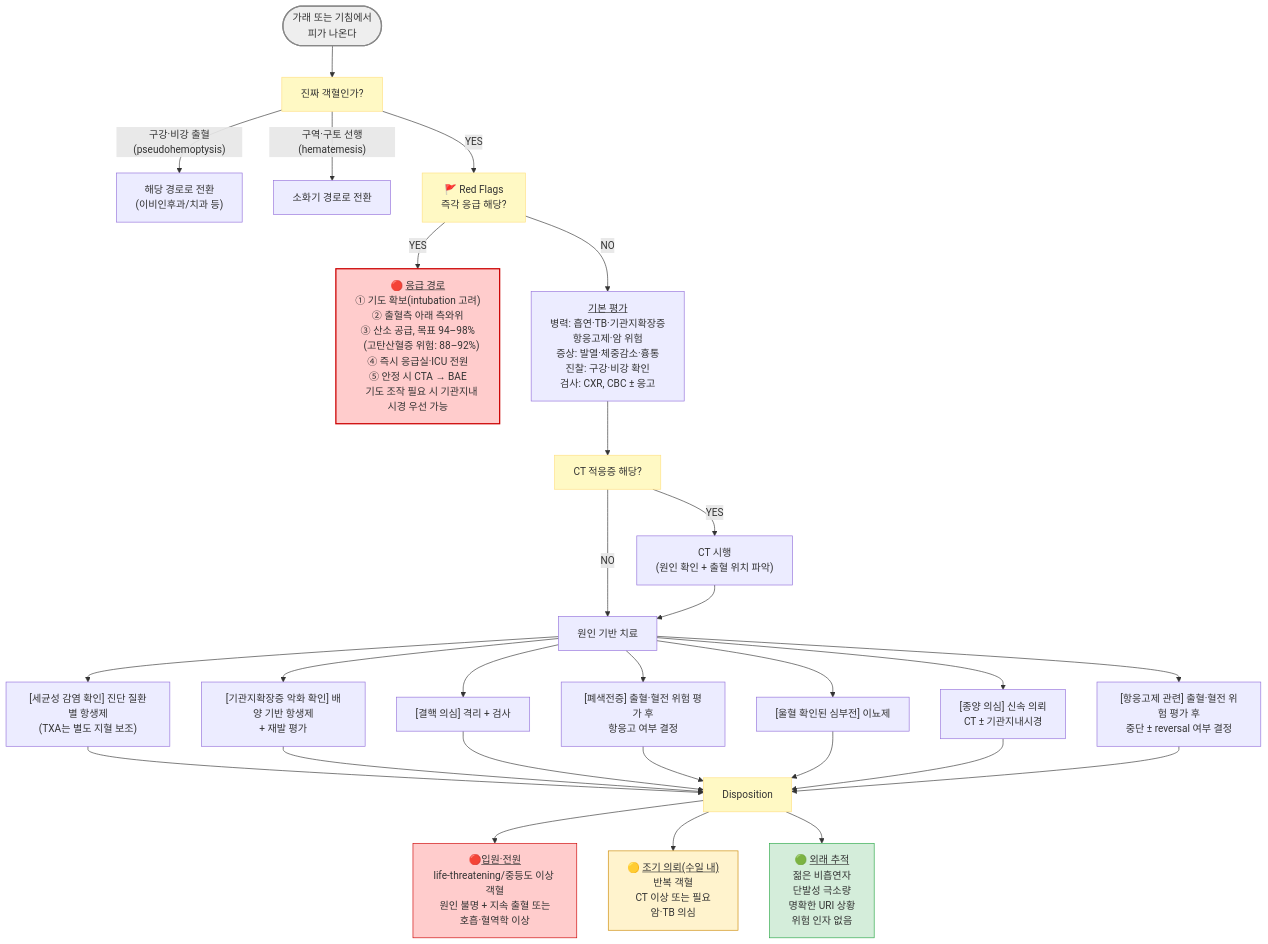
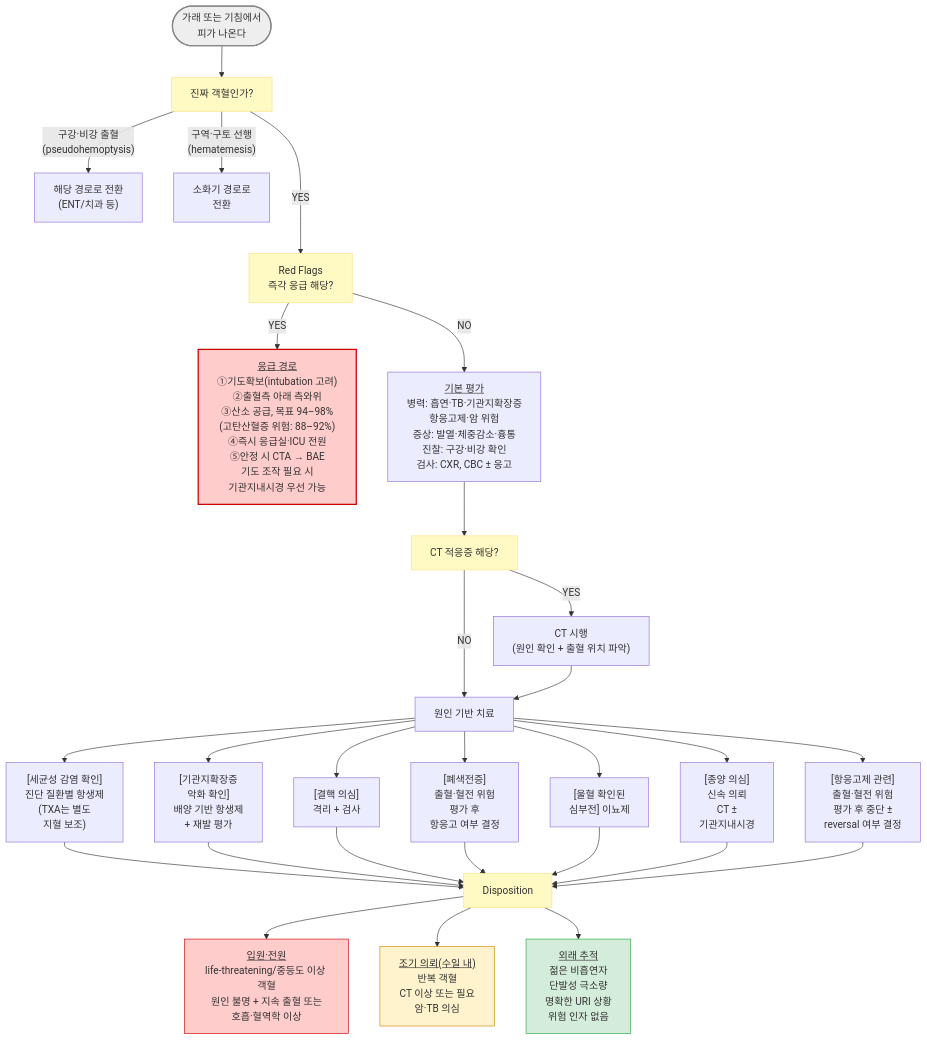
One commit to familyoh77/familyoh77 changed the diagram in 220_/008_-hemoptysis.md. Above: the diagram before and after it, drawn with Mermaid. The commit also changed other lines of this file, not shown here.

````diff
--- a/220_/008_-hemoptysis.md
+++ b/220_/008_-hemoptysis.md
@@ -99,44 +103,37 @@
 ```mermaid
 graph TD
     A(["가래 또는 기침에서 <br/>피가 나온다"]) --> B["진짜 객혈인가?"]
-    B -- "구강·비강 출혈(pseudohemoptysis)" --> C["해당 경로로 전환<br/>(이비인후과/치과 등)"]
-    B -- "구역·구토 선행(hematemesis)" --> D["소화기 경로로 전환"]
-    B -- "YES" --> E["🚩 Red Flags<br/>즉각 응급 해당?"]
-
-    E -- "YES" --> F["🔴 <u>응급 경로</u><br/>① 기도 확보(intubation 고려)<br/>② 출혈측 아래 측와위<br/>③ 산소 공급, 목표 94–98%<br/>   (고탄산혈증 위험: 88–92%)<br/>④ 즉시 응급실·ICU 전원<br/>⑤ 안정 시 CTA → BAE<br/>   기도 조작 필요 시 기관지내시경 우선 가능"]
-
+    B -- "구강·비강 출혈<br/>(pseudohemoptysis)" --> C["해당 경로로 전환<br/>(ENT/치과 등)"]
+    B -- "구역·구토 선행<br/>(hematemesis)" --> D["소화기 경로로<br/> 전환"]
+    B -- "YES" ---> E["Red Flags<br/>즉각 응급 해당?"]
+    E -- "YES" --> F["<u>응급 경로</u><br/>①기도확보(intubation 고려)<br/>②출혈측 아래 측와위<br/>③산소 공급, 목표 94–98%<br/>   (고탄산혈증 위험: 88–92%)<br/>④즉시 응급실·ICU 전원<br/>⑤안정 시 CTA → BAE<br/>   기도 조작 필요 시 <br/>기관지내시경 우선 가능"]
     E -- "NO" --> G["<u>기본 평가</u><br/>병력: 흡연·TB·기관지확장증<br/>       항응고제·암 위험<br/>증상: 발열·체중감소·흉통<br/>진찰: 구강·비강 확인<br/>검사: CXR, CBC ± 응고"]
-
     G --> H["CT 적응증 해당?"]
     H -- "YES" --> I["CT 시행<br/>(원인 확인 + 출혈 위치 파악)"]
     H -- "NO" --> J["원인 기반 치료"]
     I --> J
-
-    J --> J1["[세균성 감염 확인] 진단 질환별 항생제<br/>(TXA는 별도 지혈 보조)"]
-    J --> J2["[기관지확장증 악화 확인] 배양 기반 항생제<br/>+ 재발 평가"]
-    J --> J3["[결핵 의심] 격리 + 검사"]
-    J --> J4["[폐색전증] 출혈·혈전 위험 평가 후<br/>항응고 여부 결정"]
-    J --> J5["[울혈 확인된 심부전] 이뇨제"]
-    J --> J6["[종양 의심] 신속 의뢰<br/>CT ± 기관지내시경"]
-    J --> J7["[항응고제 관련] 출혈·혈전 위험 평가 후<br/>중단 ± reversal 여부 결정"]
-
+    J --> J1["[세균성 감염 확인] <br/>진단 질환별 항생제<br/>(TXA는 별도 <br/>지혈 보조)"]
+    J --> J2["[기관지확장증 <br/>악화 확인] <br/>배양 기반 항생제<br/>+ 재발 평가"]
+    J --> J3["[결핵 의심] <br/>격리 + 검사"]
+    J --> J4["[폐색전증] <br/>출혈·혈전 위험 <br/>평가 후<br/>항응고 여부 결정"]
+    J --> J5["[울혈 확인된 <br/>심부전] 이뇨제"]
+    J --> J6["[종양 의심] <br/>신속 의뢰<br/>CT ± <br/>기관지내시경"]
+    J --> J7["[항응고제 관련] <br/>출혈·혈전 위험 <br/>평가 후 중단 ± <br/>reversal 여부 결정"]
     J1 & J2 & J3 & J4 & J5 & J6 & J7 --> K["Disposition"]
-
-    K --> K1["🔴<u>입원·전원</u><br/>life-threatening/중등도 이상 객혈<br/>원인 불명 + 지속 출혈 또는<br/>호흡·혈역학 이상"]
-    K --> K2["🟡 <u>조기 의뢰(수일 내)</u><br/>반복 객혈<br/>CT 이상 또는 필요<br/>암·TB 의심"]
-    K --> K3["🟢 <u>외래 추적</u><br/>젊은 비흡연자<br/>단발성 극소량<br/>명확한 URI 상황<br/>위험 인자 없음"]
+    K --> K1["<u>입원·전원</u><br/>life-threatening/중등도 이상 객혈<br/>원인 불명 + 지속 출혈 또는<br/>호흡·혈역학 이상"]
+    K --> K2["<u>조기 의뢰(수일 내)</u><br/>반복 객혈<br/>CT 이상 또는 필요<br/>암·TB 의심"]
+    K --> K3["<u>외래 추적</u><br/>젊은 비흡연자<br/>단발성 극소량<br/>명확한 URI 상황<br/>위험 인자 없음"]
 
     classDef startNode fill:#eeeeee,stroke:#888888,stroke-width:2px
     classDef question fill:#fff9c4,stroke:#ffe082
     classDef emergency fill:#ffcccc,stroke:#cc0000,stroke-width:2px
     classDef admit fill:#ffcccc,stroke:#cc0000,stroke-width:1px
     classDef urgent fill:#fff3cd,stroke:#cc8800,stroke-width:1px
     classDef routine fill:#d4edda,stroke:#28a745,stroke-width:1px
-
     class A startNode
     class B,E,H,K question
     class F emergency
     class K1 admit
     class K2 urgent
     class K3 routine
 ```
````
